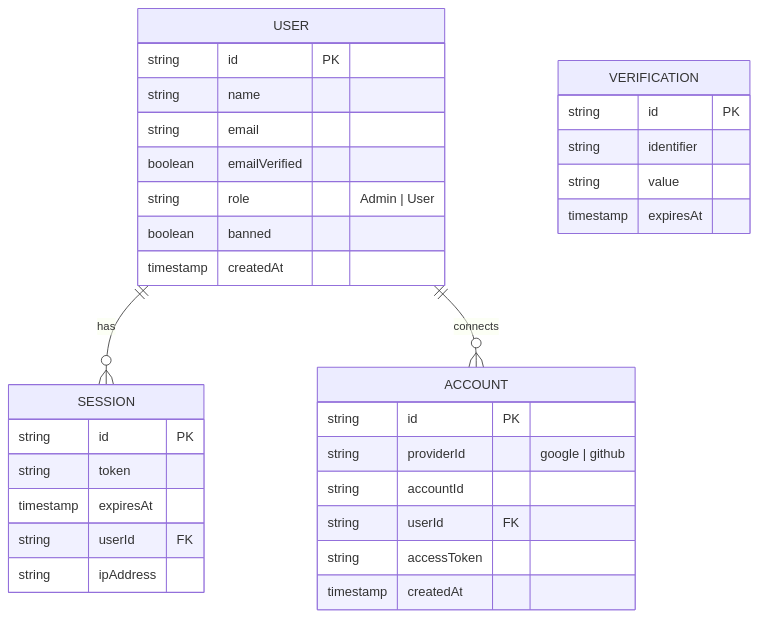
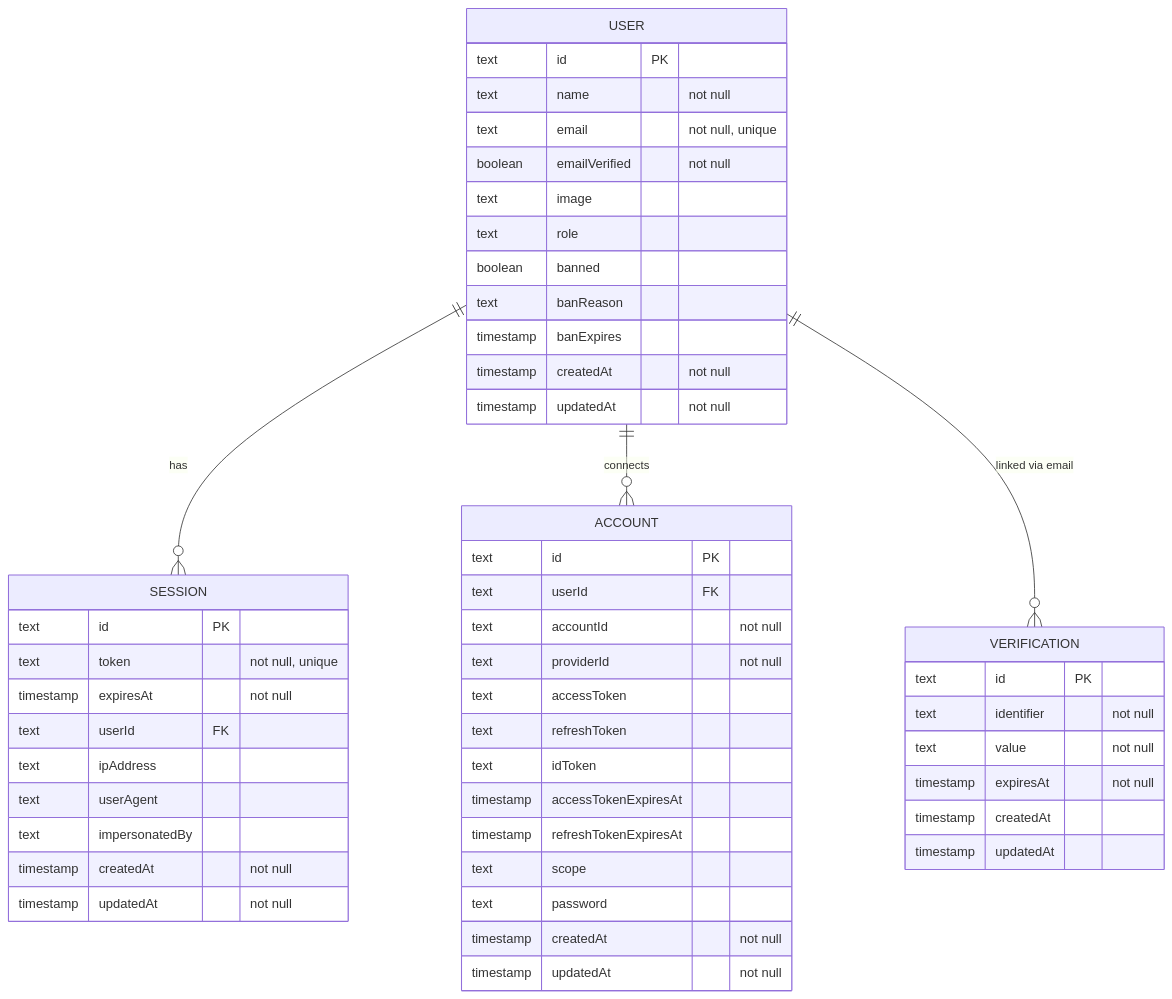
Before and after one commit to good-shepherd-insights/multi-tenant-saas-starter: the fourth of 5 diagrams in ARCHITECTURE.md, drawn with Mermaid. The commit also changed other lines of this file and 9 other files, not shown here.

Commit message:
docs: add comprehensive feature engineering manuals and architectural documentation

````diff
--- a/ARCHITECTURE.md
+++ b/ARCHITECTURE.md
@@ -200,35 +387,54 @@
 ```mermaid
 erDiagram
     USER ||--o{ SESSION : has
     USER ||--o{ ACCOUNT : connects
+    USER ||--o{ VERIFICATION : "linked via email"
+
     USER {
-        string id PK
-        string name
-        string email
-        boolean emailVerified
-        string role "Admin | User"
+        text id PK
+        text name "not null"
+        text email "not null, unique"
+        boolean emailVerified "not null"
+        text image
+        text role
         boolean banned
-        timestamp createdAt
+        text banReason
+        timestamp banExpires
+        timestamp createdAt "not null"
+        timestamp updatedAt "not null"
     }
     SESSION {
-        string id PK
-        string token
-        timestamp expiresAt
-        string userId FK
-        string ipAddress
+        text id PK
+        text token "not null, unique"
+        timestamp expiresAt "not null"
+        text userId FK
+        text ipAddress
+        text userAgent
+        text impersonatedBy
+        timestamp createdAt "not null"
+        timestamp updatedAt "not null"
     }
     ACCOUNT {
-        string id PK
-        string providerId "google | github"
-        string accountId
-        string userId FK
-        string accessToken
-        timestamp createdAt
+        text id PK
+        text userId FK
+        text accountId "not null"
+        text providerId "not null"
+        text accessToken
+        text refreshToken
+        text idToken
+        timestamp accessTokenExpiresAt
+        timestamp refreshTokenExpiresAt
+        text scope
+        text password
+        timestamp createdAt "not null"
+        timestamp updatedAt "not null"
     }
     VERIFICATION {
-        string id PK
-        string identifier
-        string value
-        timestamp expiresAt
+        text id PK
+        text identifier "not null"
+        text value "not null"
+        timestamp expiresAt "not null"
+        timestamp createdAt
+        timestamp updatedAt
     }
 ```
````
